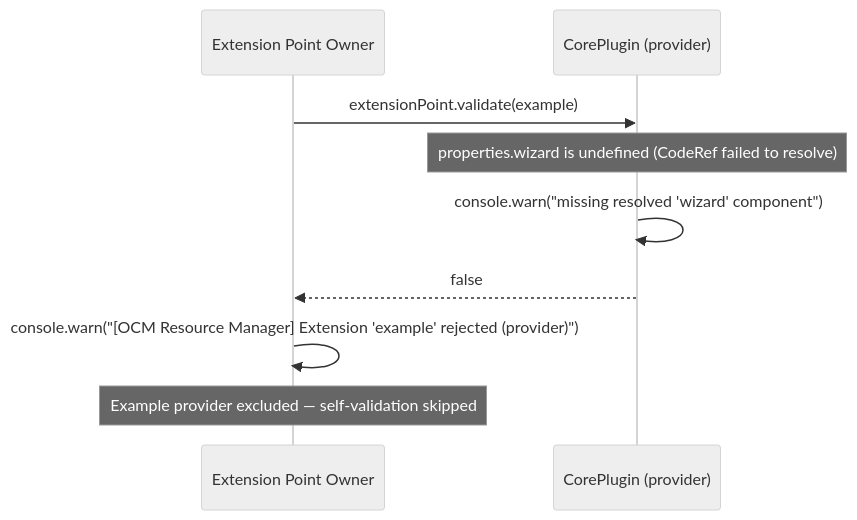
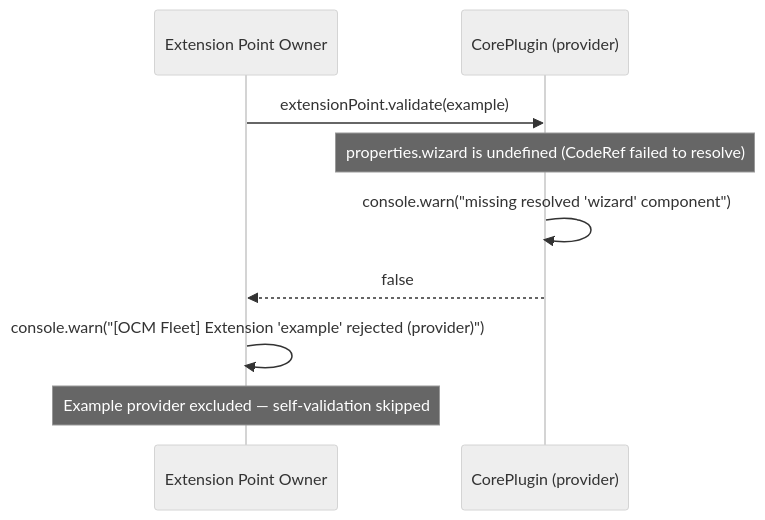
Before and after one commit to fleetshift/fleetshift-poc: the third of 4 diagrams in docs/ui/extension-validation.md, drawn with Mermaid (neutral theme). The commit also changed other lines of this file and 819 other files, not shown here.

Commit message:
Use OCM Fleet for project identity and terminology

````diff
--- a/docs/ui/extension-validation.md
+++ b/docs/ui/extension-validation.md
@@ -571,12 +571,12 @@
 ```mermaid
 sequenceDiagram
     participant EPOwner as Extension Point Owner
     participant Core as CorePlugin (provider)
 
     EPOwner->>Core: extensionPoint.validate(example)
     Note over Core: properties.wizard is undefined (CodeRef failed to resolve)
     Core->>Core: console.warn("missing resolved 'wizard' component")
     Core-->>EPOwner: false
-    EPOwner->>EPOwner: console.warn("[OCM Resource Manager] Extension 'example' rejected (provider)")
+    EPOwner->>EPOwner: console.warn("[OCM Fleet] Extension 'example' rejected (provider)")
     Note over EPOwner: Example provider excluded — self-validation skipped
 ```
````
